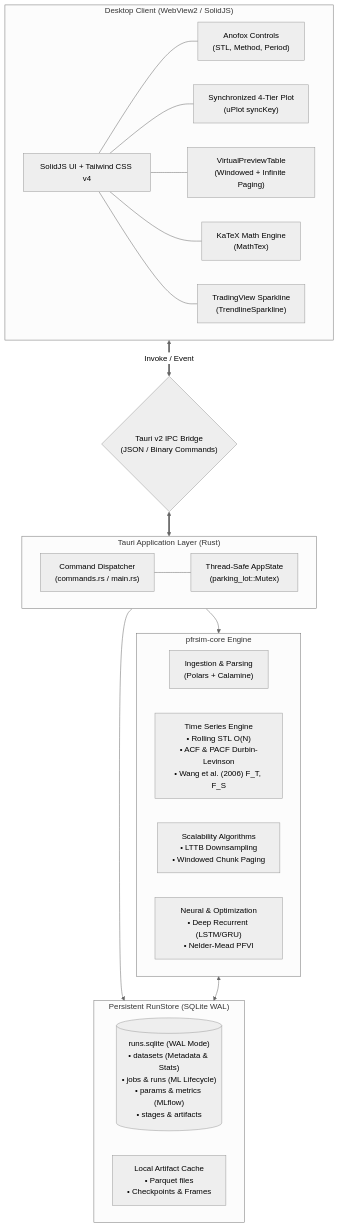
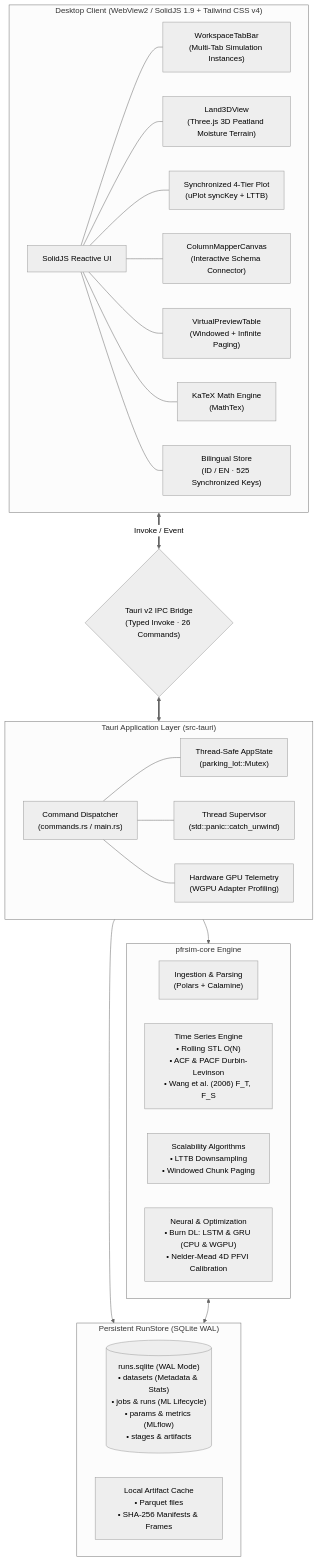
Before and after one commit to Akin01/pfrsim: the first of 4 diagrams in docs/architecture.md, drawn with Mermaid (neutral theme). The commit also changed other lines of this file and 3 other files, not shown here.

````diff
--- a/docs/architecture.md
+++ b/docs/architecture.md
@@ -11,41 +11,49 @@
 ```mermaid
 graph TD
-    subgraph Client["Desktop Client (WebView2 / SolidJS)"]
-        UI["SolidJS UI + Tailwind CSS v4"]
-        Controls["Anofox Controls<br/>(STL, Method, Period)"]
-        Plots["Synchronized 4-Tier Plot<br/>(uPlot syncKey)"]
+    subgraph Client["Desktop Client (WebView2 / SolidJS 1.9 + Tailwind CSS v4)"]
+        UI["SolidJS Reactive UI"]
+        Tabs["WorkspaceTabBar<br/>(Multi-Tab Simulation Instances)"]
+        Land3D["Land3DView<br/>(Three.js 3D Peatland Moisture Terrain)"]
+        Plots["Synchronized 4-Tier Plot<br/>(uPlot syncKey + LTTB)"]
+        Mapper["ColumnMapperCanvas<br/>(Interactive Schema Connector)"]
         Table["VirtualPreviewTable<br/>(Windowed + Infinite Paging)"]
         Math["KaTeX Math Engine<br/>(MathTex)"]
-        Spark["TradingView Sparkline<br/>(TrendlineSparkline)"]
-        UI --- Controls
+        i18n["Bilingual Store<br/>(ID / EN · 525 Synchronized Keys)"]
+        UI --- Tabs
+        UI --- Land3D
         UI --- Plots
+        UI --- Mapper
         UI --- Table
         UI --- Math
-        UI --- Spark
+        UI --- i18n
     end
 
-    IPC{"Tauri v2 IPC Bridge<br/>(JSON / Binary Commands)"}
+    IPC{"Tauri v2 IPC Bridge<br/>(Typed Invoke · 26 Commands)"}
     Client <==>|"Invoke / Event"| IPC
 
-    subgraph TauriApp["Tauri Application Layer (Rust)"]
+    subgraph TauriApp["Tauri Application Layer (src-tauri)"]
         Handler["Command Dispatcher<br/>(commands.rs / main.rs)"]
         State["Thread-Safe AppState<br/>(parking_lot::Mutex)"]
+        Supervisor["Thread Supervisor<br/>(std::panic::catch_unwind)"]
+        Telemetry["Hardware GPU Telemetry<br/>(WGPU Adapter Profiling)"]
         Handler --- State
+        Handler --- Supervisor
+        Handler --- Telemetry
     end
     IPC <==> TauriApp
 
     subgraph Core["pfrsim-core Engine"]
         Ingest["Ingestion & Parsing<br/>(Polars + Calamine)"]
         TimeSeries["Time Series Engine<br/>• Rolling STL O(N)<br/>• ACF & PACF Durbin-Levinson<br/>• Wang et al. (2006) F_T, F_S"]
         Scalability["Scalability Algorithms<br/>• LTTB Downsampling<br/>• Windowed Chunk Paging"]
-        ML["Neural & Optimization<br/>• Deep Recurrent (LSTM/GRU)<br/>• Nelder-Mead PFVI"]
+        ML["Neural & Optimization<br/>• Burn DL: LSTM & GRU (CPU & WGPU)<br/>• Nelder-Mead 4D PFVI Calibration"]
     end
     TauriApp --> Core
 
     subgraph Storage["Persistent RunStore (SQLite WAL)"]
         DB[("runs.sqlite (WAL Mode)<br/>• datasets (Metadata & Stats)<br/>• jobs & runs (ML Lifecycle)<br/>• params & metrics (MLflow)<br/>• stages & artifacts")]
-        Files["Local Artifact Cache<br/>• Parquet files<br/>• Checkpoints & Frames"]
+        Files["Local Artifact Cache<br/>• Parquet files<br/>• SHA-256 Manifests & Frames"]
     end
     TauriApp --> Storage
     Core <--> Storage
 ```
````
